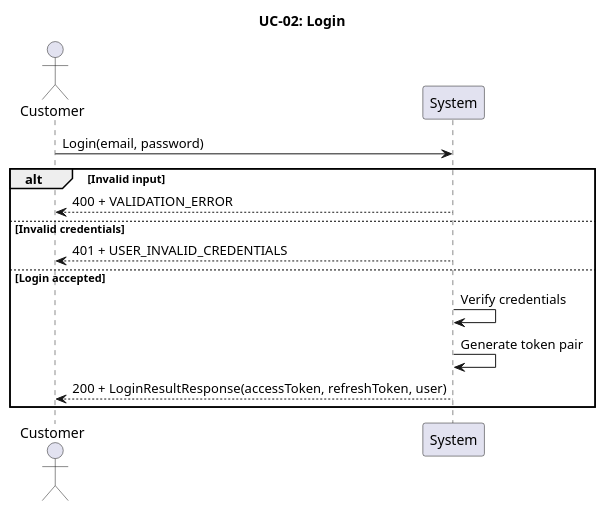
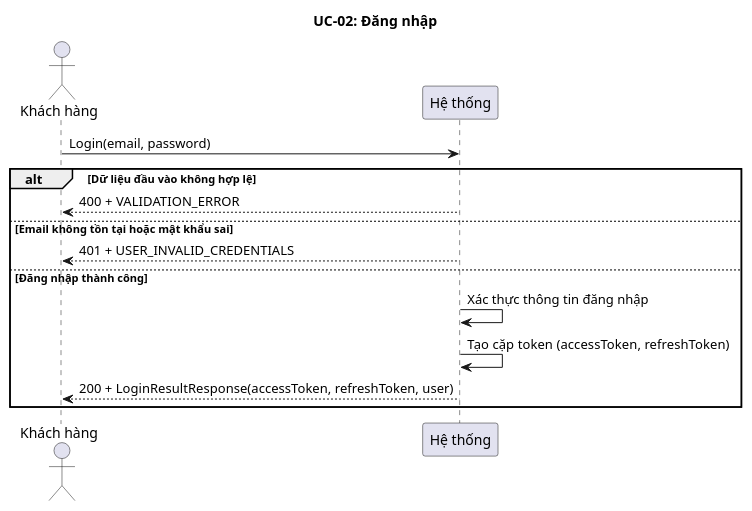
One commit to Phunguy65/train-ticket-booking-system-plus changed the second of 7 diagrams in docs/usecases/UC-02-dang-nhap.md. Above: the diagram before and after it, drawn with PlantUML. The commit also changed other lines of this file and 14 other files, not shown here.

````diff
--- a/docs/usecases/UC-02-dang-nhap.md
+++ b/docs/usecases/UC-02-dang-nhap.md
@@ -20,19 +38,19 @@
 ```plantuml
 @startuml UC-02
-title UC-02: Login
+title UC-02: Đăng nhập
 
-actor "Customer" as Actor
-participant "System" as API
+actor "Khách hàng" as Actor
+participant "Hệ thống" as API
 
 Actor -> API: Login(email, password)
-alt Invalid input
+alt Dữ liệu đầu vào không hợp lệ
     API --> Actor: 400 + VALIDATION_ERROR
-else Invalid credentials
+else Email không tồn tại hoặc mật khẩu sai
     API --> Actor: 401 + USER_INVALID_CREDENTIALS
-else Login accepted
-    API -> API: Verify credentials
-    API -> API: Generate token pair
+else Đăng nhập thành công
+    API -> API: Xác thực thông tin đăng nhập
+    API -> API: Tạo cặp token (accessToken, refreshToken)
     API --> Actor: 200 + LoginResultResponse(accessToken, refreshToken, user)
 end
 @enduml
 ```
````
